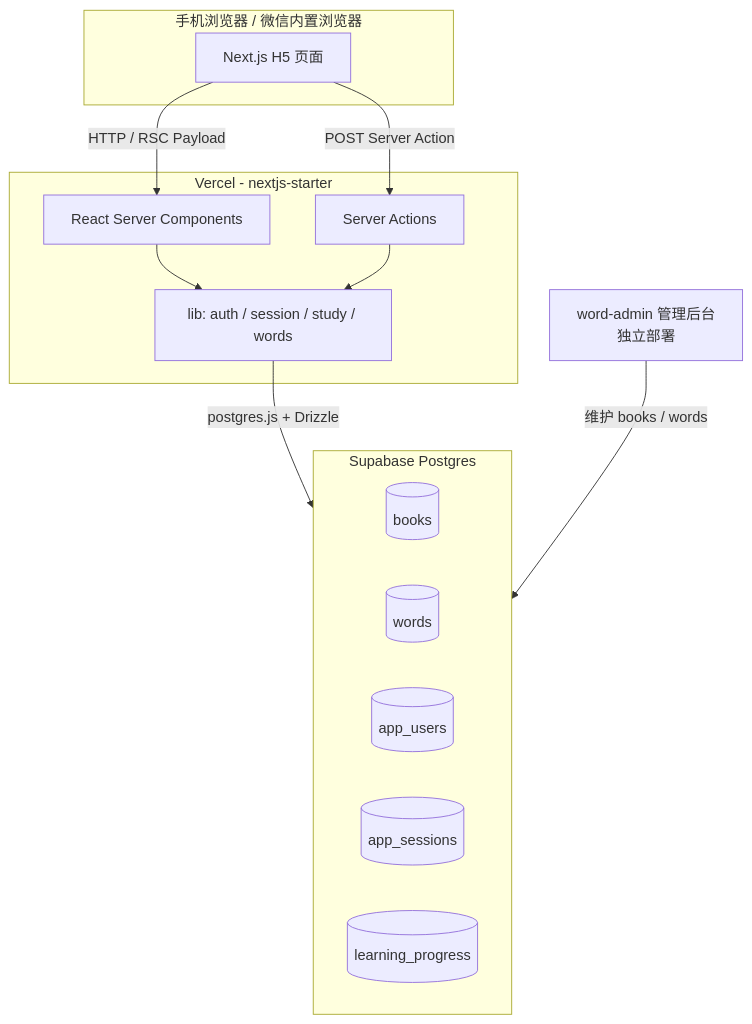
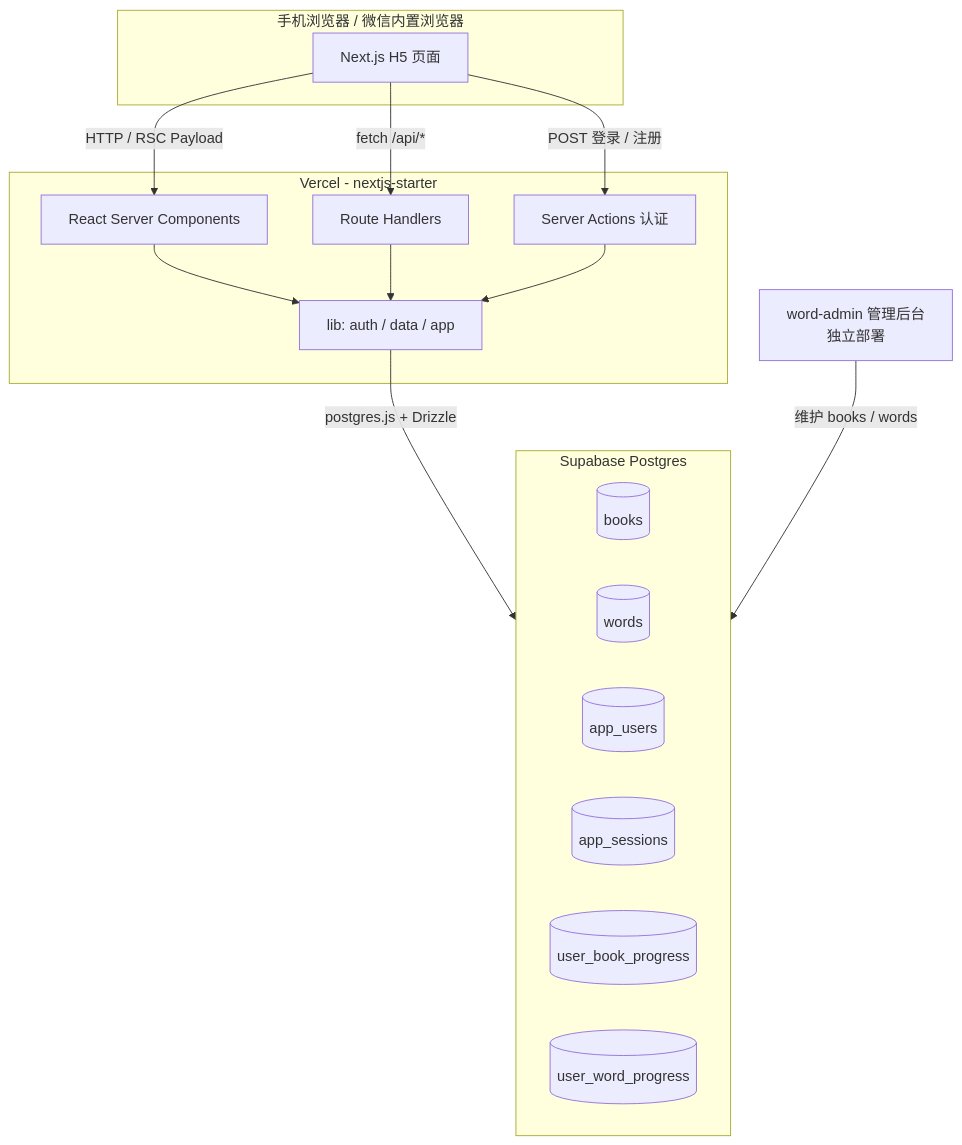
The first of 4 diagrams in nextjs-starter/docs/design.md (Jasper-Liao2026/wordslearn), drawn with Mermaid before and after one commit. The commit also changed other lines of this file and 1 other file, not shown here.

Commit message:
docs: 同步双进度表、API 路由与实际文件结构

````diff
--- a/nextjs-starter/docs/design.md
+++ b/nextjs-starter/docs/design.md
@@ -68,29 +69,33 @@
 ```mermaid
 flowchart TB
   subgraph Browser[手机浏览器 / 微信内置浏览器]
     UI[Next.js H5 页面]
   end
 
   subgraph Vercel[Vercel - nextjs-starter]
     RSC[React Server Components]
-    SA[Server Actions]
-    LIB[lib: auth / session / study / words]
+    RH[Route Handlers]
+    SA[Server Actions 认证]
+    LIB[lib: auth / data / app]
   end
 
   subgraph DB[Supabase Postgres]
     BOOKS[(books)]
     WORDS[(words)]
     USERS[(app_users)]
     SESS[(app_sessions)]
-    PROG[(learning_progress)]
+    PROG_B[(user_book_progress)]
+    PROG_W[(user_word_progress)]
   end
 
   ADMIN[word-admin 管理后台<br/>独立部署]
 
   UI -->|HTTP / RSC Payload| RSC
-  UI -->|POST Server Action| SA
+  UI -->|fetch /api/*| RH
+  UI -->|POST 登录 / 注册| SA
   RSC --> LIB
+  RH --> LIB
   SA --> LIB
   LIB -->|postgres.js + Drizzle| DB
   ADMIN -->|维护 books / words| DB
 ```
````
